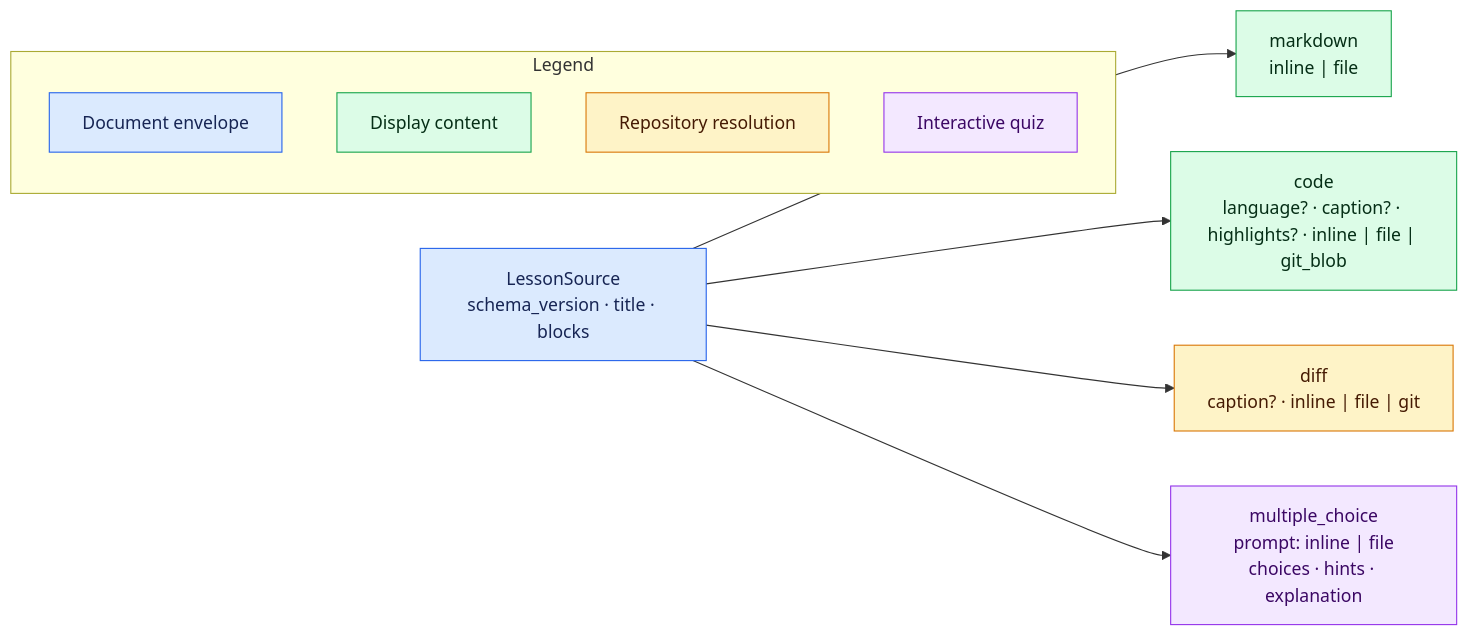
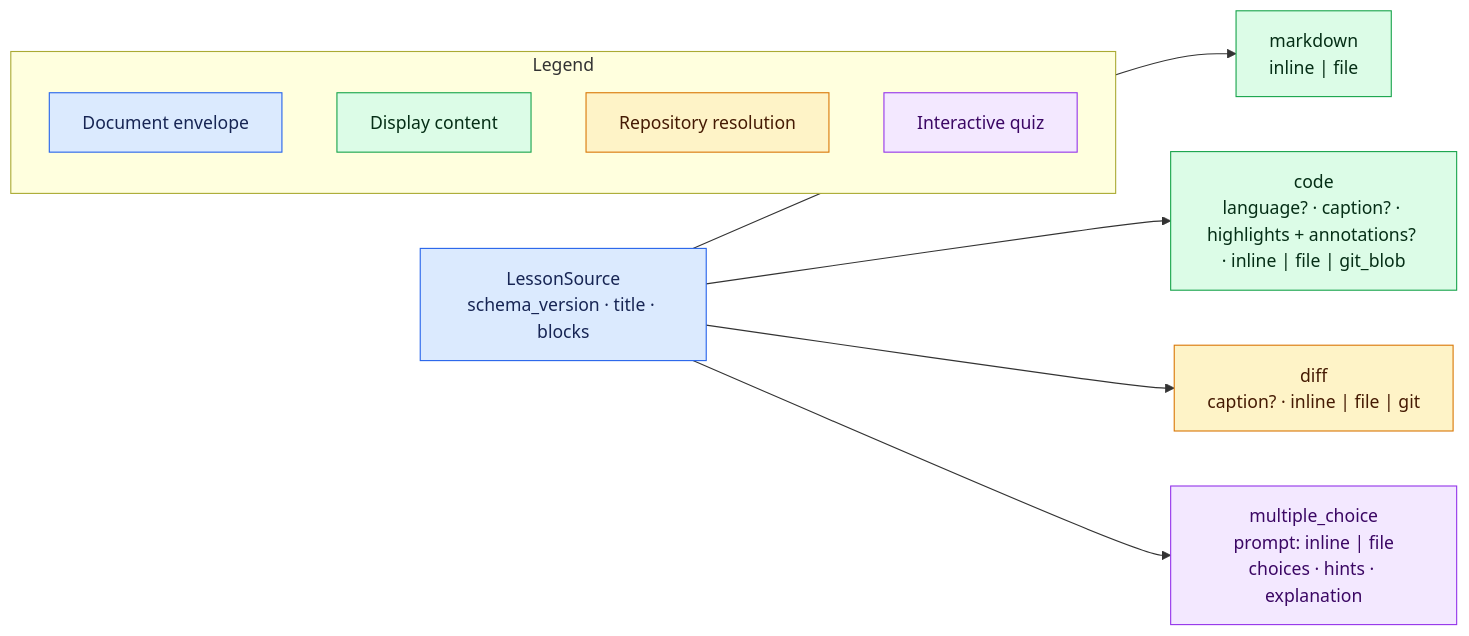
One commit to negative-nilgiri/teacher changed the diagram in docs/AUTHORING.md. Above: the diagram before and after it, drawn with Mermaid. The commit also changed other lines of this file and 20 other files, not shown here.

````diff
--- a/docs/AUTHORING.md
+++ b/docs/AUTHORING.md
@@ -42,20 +42,20 @@
 ```mermaid
 flowchart LR
     L["LessonSource<br/>schema_version · title · blocks"]:::envelope
     L --> M["markdown<br/>inline | file"]:::content
-    L --> C["code<br/>language? · caption? · highlights? · inline | file | git_blob"]:::content
+    L --> C["code<br/>language? · caption? · highlights + annotations? · inline | file | git_blob"]:::content
     L --> D["diff<br/>caption? · inline | file | git"]:::repository
     L --> Q["multiple_choice<br/>prompt: inline | file<br/>choices · hints · explanation"]:::quiz
 
     subgraph Legend
       LE["Document envelope"]:::envelope
       LC["Display content"]:::content
       LR["Repository resolution"]:::repository
       LQ["Interactive quiz"]:::quiz
     end
 
     classDef envelope fill:#dbeafe,stroke:#2563eb,color:#172554
     classDef content fill:#dcfce7,stroke:#16a34a,color:#052e16
     classDef repository fill:#fef3c7,stroke:#d97706,color:#451a03
     classDef quiz fill:#f3e8ff,stroke:#9333ea,color:#3b0764
 ```
````
